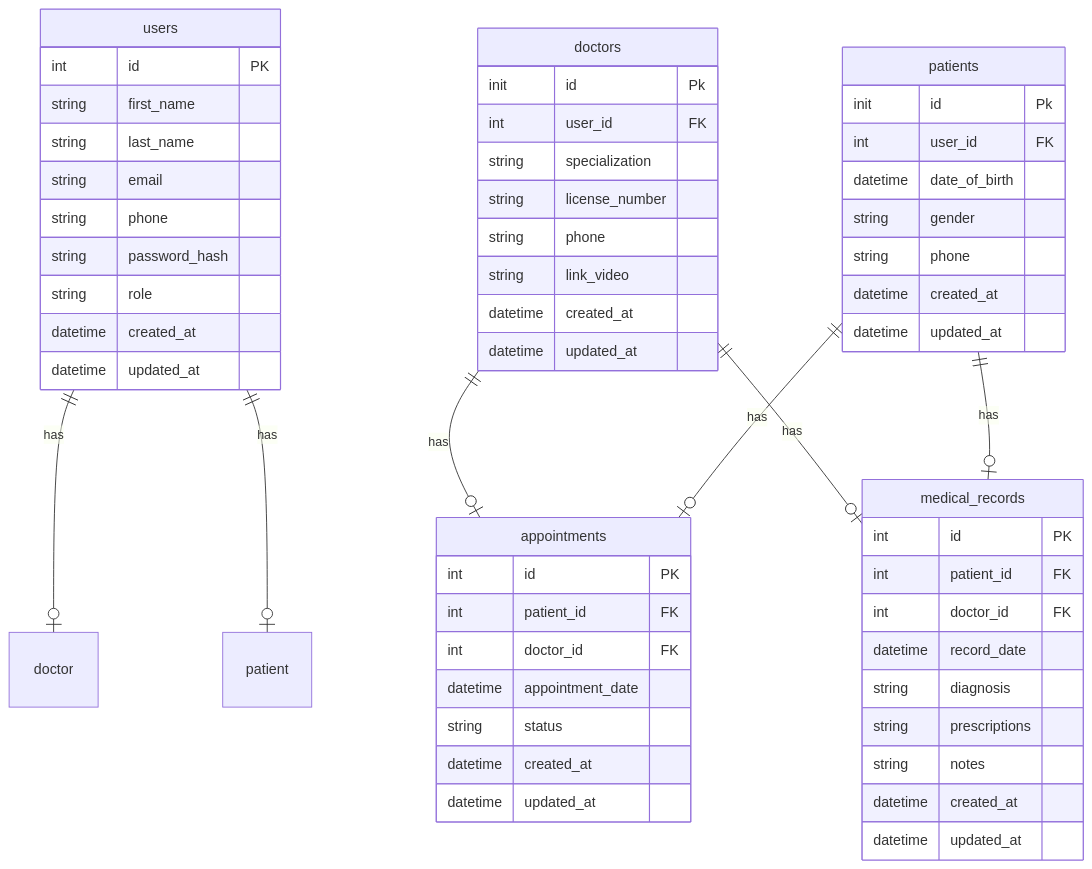
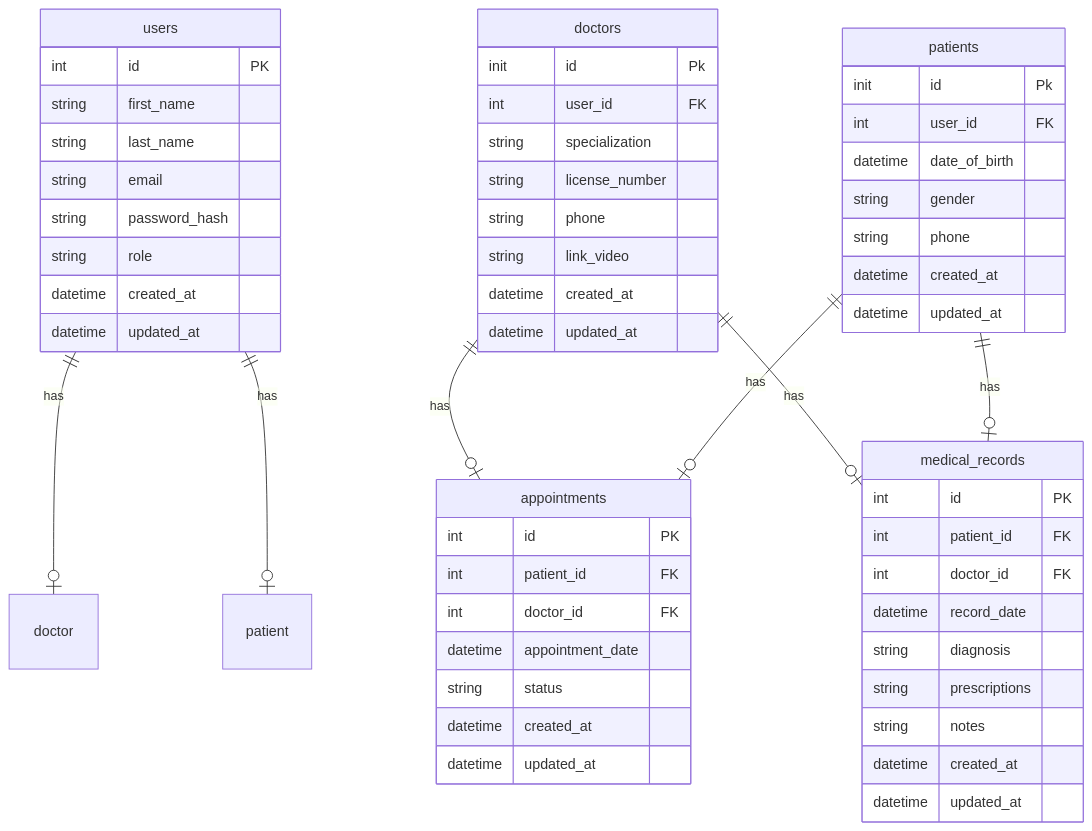
Before and after one commit to No-Country-simulation/c22-14-m-webapp: the diagram in README.md, drawn with Mermaid.

````diff
--- a/README.md
+++ b/README.md
@@ -25,63 +25,62 @@
 ```mermaid
 erDiagram
     users {
         int id PK
         string first_name
         string last_name
         string email
-        string phone
         string password_hash
         string role
         datetime created_at
         datetime updated_at
     }
     doctors{
         init id Pk
         int user_id FK
         string specialization
         string license_number
         string phone
         string link_video
         datetime created_at
         datetime updated_at
     }
     patients{
         init id Pk
         int user_id FK
         datetime date_of_birth
         string gender
         string phone
         datetime created_at
         datetime updated_at        
     }            
     appointments {
         int id PK
         int patient_id FK
         int doctor_id FK
         datetime appointment_date
         string status
         datetime created_at
         datetime updated_at
     }
     medical_records {
         int id PK
         int patient_id FK
         int doctor_id FK
         datetime record_date
         string diagnosis
         string prescriptions
         string notes
         datetime created_at
         datetime updated_at
     }
     
 
     
     users ||--o| doctor : has
     users ||--o| patient : has
     doctors ||--o| appointments : has
     patients ||--o| appointments : has
     doctors ||--o| medical_records : has
     patients ||--o| medical_records : has
 
 ```
````
